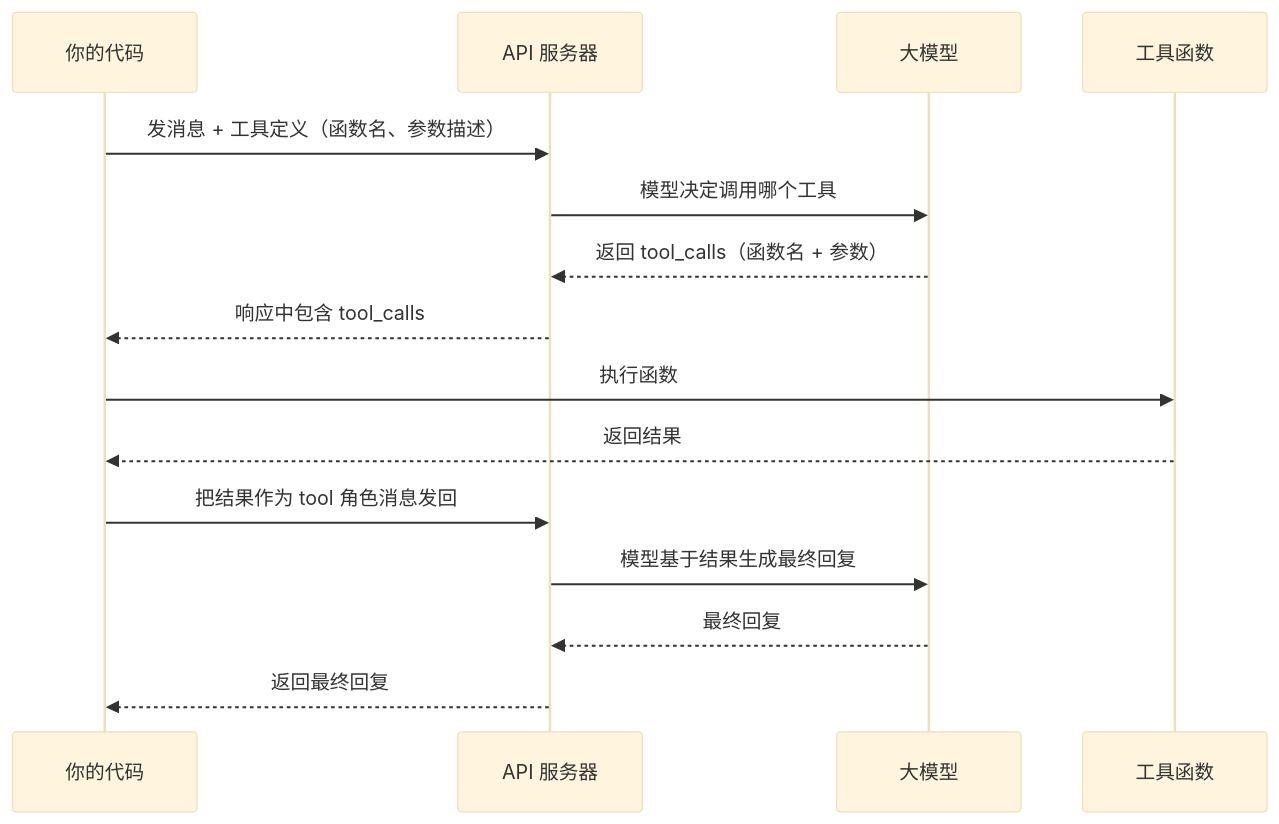
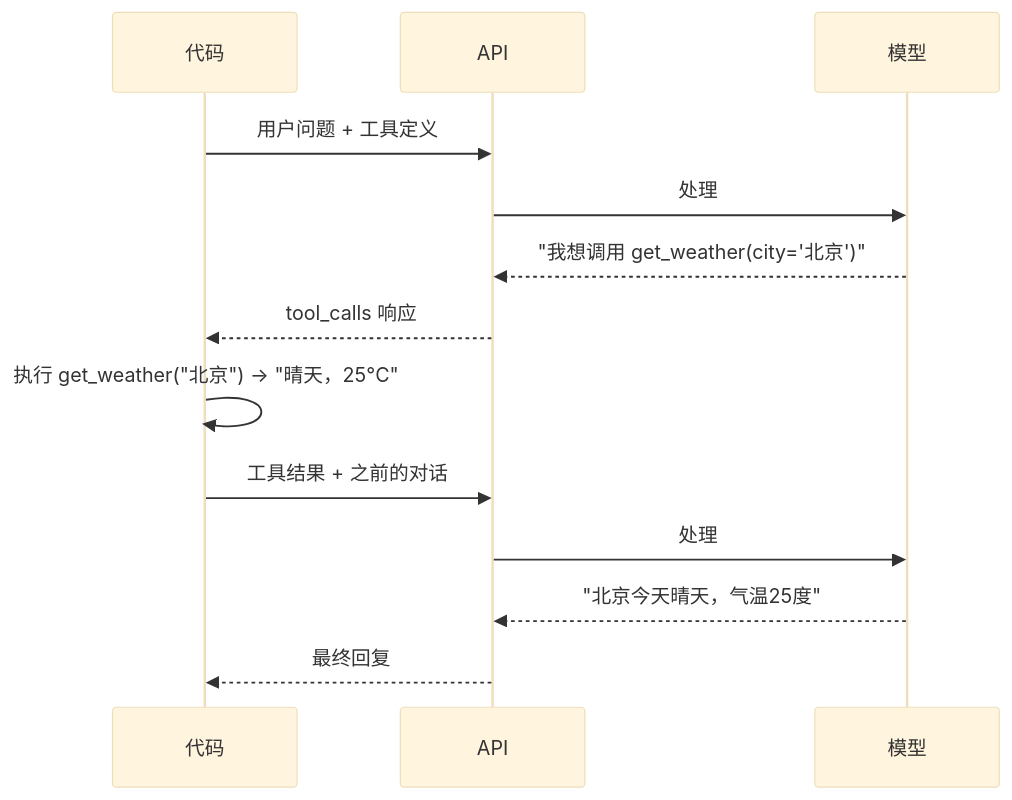
The third of 3 diagrams in teaching/book/volume-0-basics/ch01-what-is-llm.md (agentscope-ai/agentscope), drawn with Mermaid (base theme) before and after one commit. The commit also changed other lines of this file, not shown here.

````diff
--- a/teaching/book/volume-0-basics/ch01-what-is-llm.md
+++ b/teaching/book/volume-0-basics/ch01-what-is-llm.md
@@ -182,18 +257,16 @@
 ```mermaid
 sequenceDiagram
-    participant U as 你的代码
-    participant A as API 服务器
-    participant M as 大模型
-    participant T as 工具函数
+    participant 代码
+    participant API
+    participant 模型
 
-    U->>A: 发消息 + 工具定义（函数名、参数描述）
-    A->>M: 模型决定调用哪个工具
-    M-->>A: 返回 tool_calls（函数名 + 参数）
-    A-->>U: 响应中包含 tool_calls
-    U->>T: 执行函数
-    T-->>U: 返回结果
-    U->>A: 把结果作为 tool 角色消息发回
-    A->>M: 模型基于结果生成最终回复
-    M-->>A: 最终回复
-    A-->>U: 返回最终回复
+    代码->>API: 用户问题 + 工具定义
+    API->>模型: 处理
+    模型-->>API: "我想调用 get_weather(city='北京')"
+    API-->>代码: tool_calls 响应
+    代码->>代码: 执行 get_weather("北京") → "晴天，25°C"
+    代码->>API: 工具结果 + 之前的对话
+    API->>模型: 处理
+    模型-->>API: "北京今天晴天，气温25度"
+    API-->>代码: 最终回复
 ```
````
